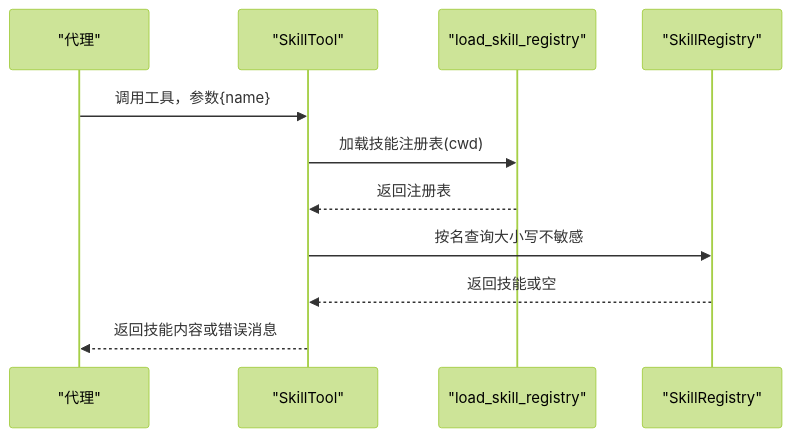
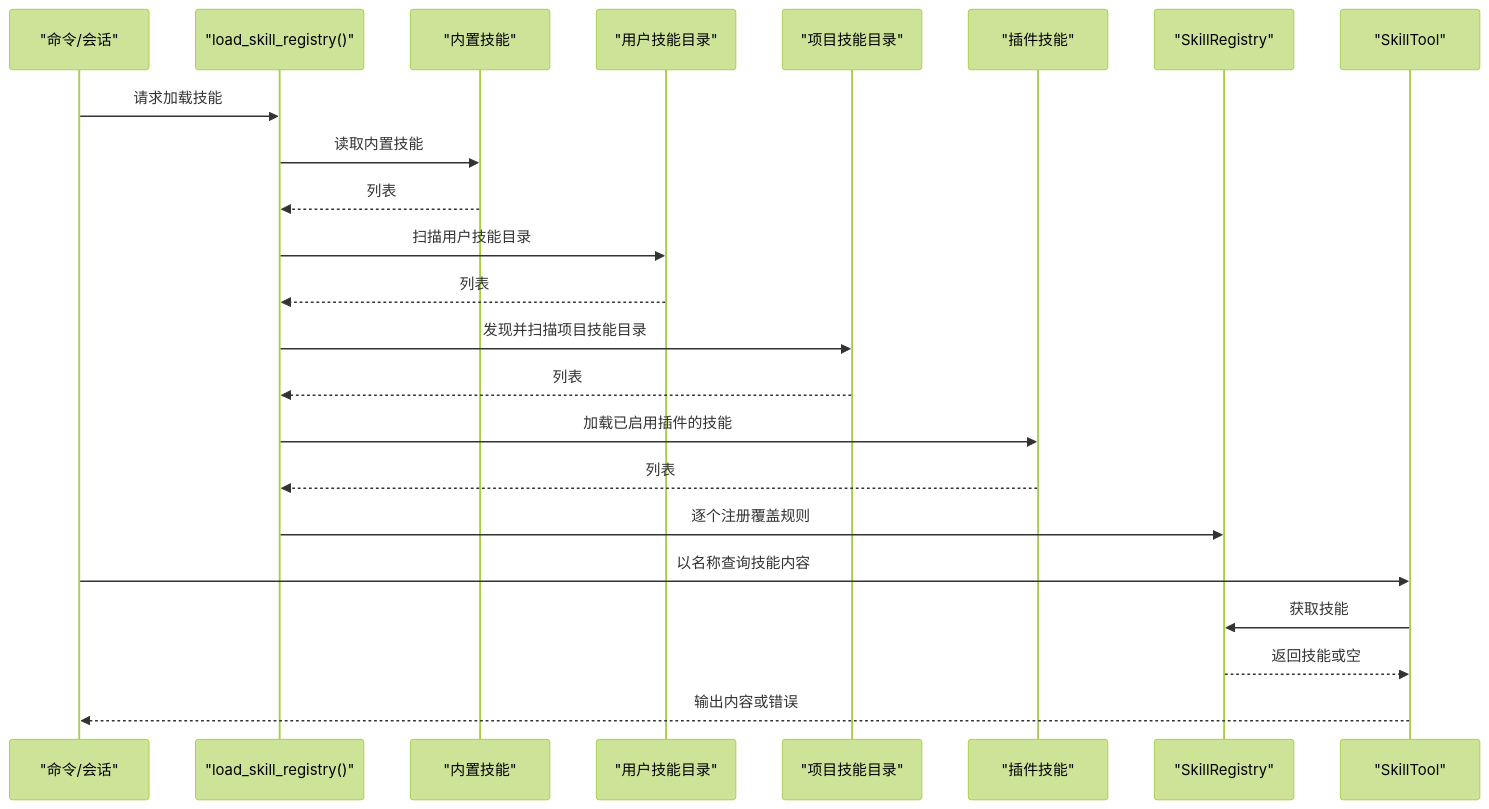
The second of 6 diagrams in .qoder/repowiki/zh/content/技能系统/技能系统.md (haolange/OpenHarness), drawn with Mermaid (forest theme) before and after one commit. The commit also changed other lines of this file and 222 other files, not shown here.

````diff
--- a/.qoder/repowiki/zh/content/技能系统/技能系统.md
+++ b/.qoder/repowiki/zh/content/技能系统/技能系统.md
@@ -109,13 +89,25 @@
 ```mermaid
 sequenceDiagram
-participant Agent as "代理"
+participant CLI as "命令/会话"
+participant Loader as "load_skill_registry()"
+participant Bundled as "内置技能"
+participant User as "用户技能目录"
+participant Project as "项目技能目录"
+participant Plugin as "插件技能"
+participant Registry as "SkillRegistry"
 participant Tool as "SkillTool"
-participant Loader as "load_skill_registry"
-participant Reg as "SkillRegistry"
-Agent->>Tool : 调用工具，参数{name}
-Tool->>Loader : 加载技能注册表(cwd)
-Loader-->>Tool : 返回注册表
-Tool->>Reg : 按名查询大小写不敏感
-Reg-->>Tool : 返回技能或空
-Tool-->>Agent : 返回技能内容或错误消息
+CLI->>Loader : 请求加载技能
+Loader->>Bundled : 读取内置技能
+Bundled-->>Loader : 列表
+Loader->>User : 扫描用户技能目录
+User-->>Loader : 列表
+Loader->>Project : 发现并扫描项目技能目录
+Project-->>Loader : 列表
+Loader->>Plugin : 加载已启用插件的技能
+Plugin-->>Loader : 列表
+Loader->>Registry : 逐个注册覆盖规则
+CLI->>Tool : 以名称查询技能内容
+Tool->>Registry : 获取技能
+Registry-->>Tool : 返回技能或空
+Tool-->>CLI : 输出内容或错误
 ```
````
